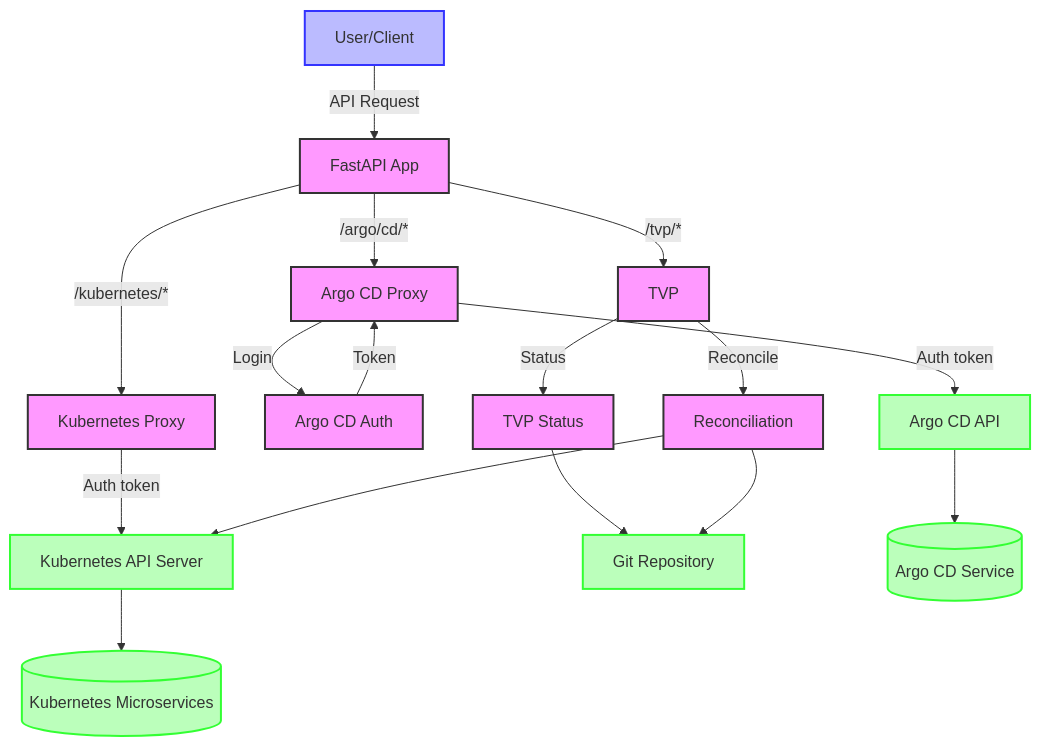
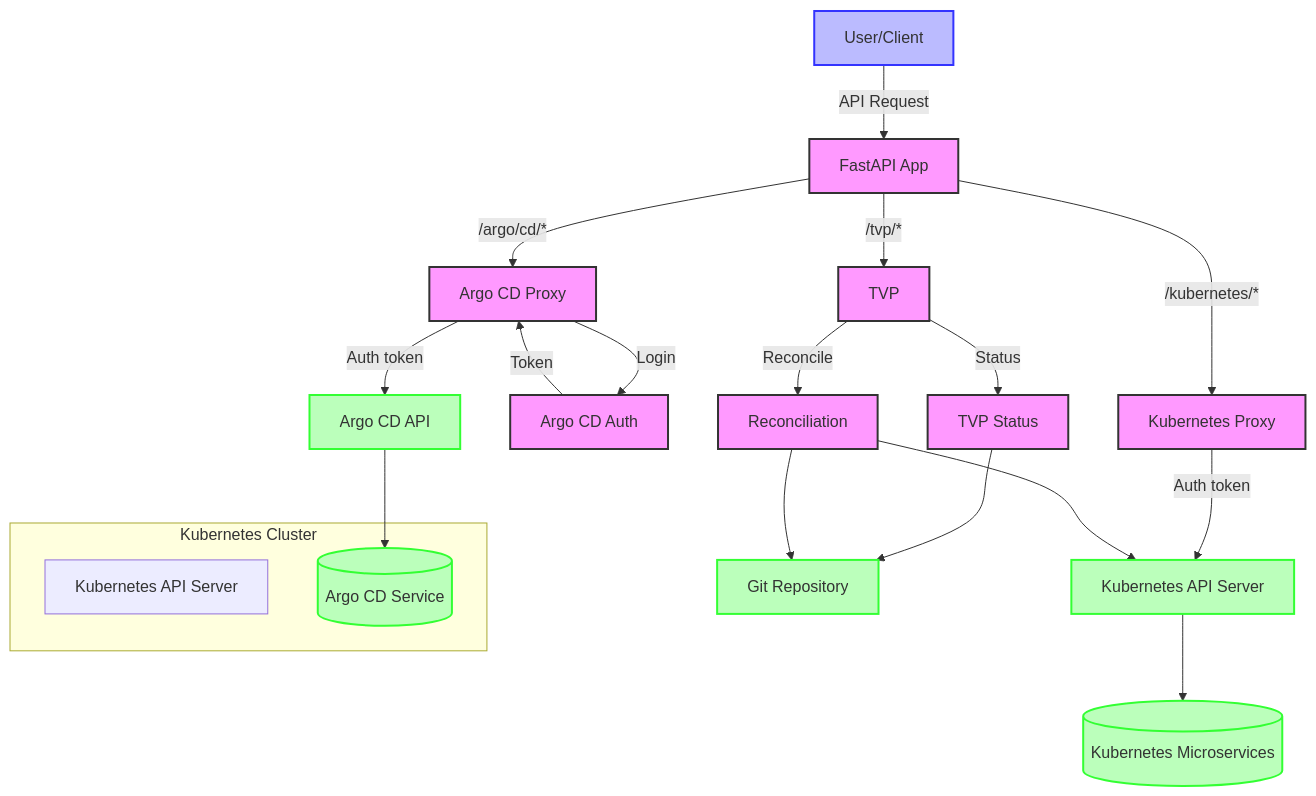
Before and after one commit to lloydchang/tvp-k8s: the diagram in fastapi/mermaid/data-flow-diagram.mermaid, drawn with Mermaid.

```diff
--- a/fastapi/mermaid/data-flow-diagram.mermaid
+++ b/fastapi/mermaid/data-flow-diagram.mermaid
@@ -1,29 +1,34 @@
 flowchart TD
     User[User/Client] -->|API Request| API[FastAPI App]
     
     API -->|/kubernetes/*| KP[Kubernetes Proxy]
     API -->|/argo/cd/*| AP[Argo CD Proxy]
     API -->|/tvp/*| TVP[TVP]
     
     KP -->|Auth token| KA[Kubernetes API Server]
     AP -->|Login| Auth[Argo CD Auth]
     Auth -->|Token| AP
     AP -->|Auth token| AA[Argo CD API]
     
     TVP -->|Status| TS[TVP Status]
     TVP -->|Reconcile| R[Reconciliation]
     
     TS --> Git[Git Repository]
     R --> Git
     R --> KA
-    
+
+    subgraph "Kubernetes Cluster"
+        KubernetesAPI[Kubernetes API Server]
+        ArgoCD[Argo CD]
+    end
+
     KA --> Kubernetes[(Kubernetes Microservices)]
     AA --> ArgoCD[(Argo CD Service)]
     
     classDef user fill:#bbf,stroke:#33f,stroke-width:2px
     classDef app fill:#f9f,stroke:#333,stroke-width:2px
     classDef external fill:#bfb,stroke:#3f3,stroke-width:2px
     
     class User user
     class API,KP,AP,TVP,TS,R,Auth app
     class Kubernetes,ArgoCD,Git,KA,AA external
```
